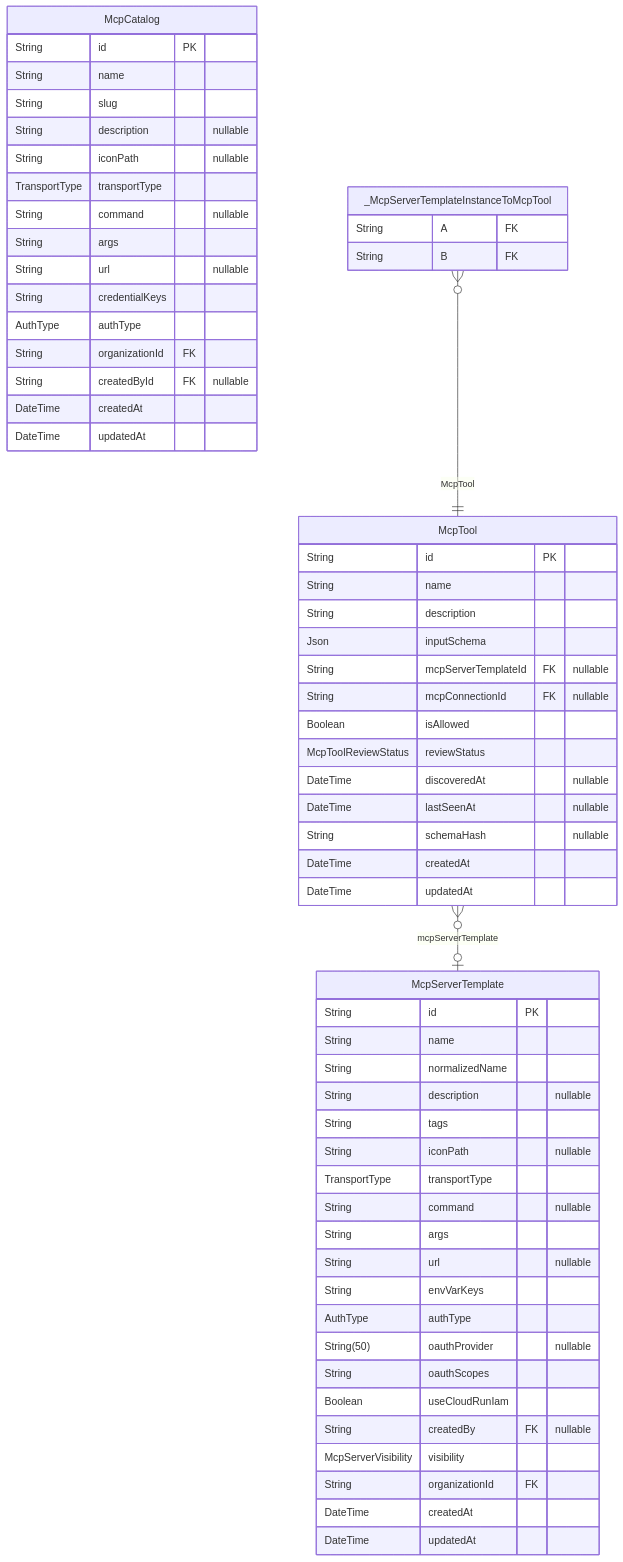
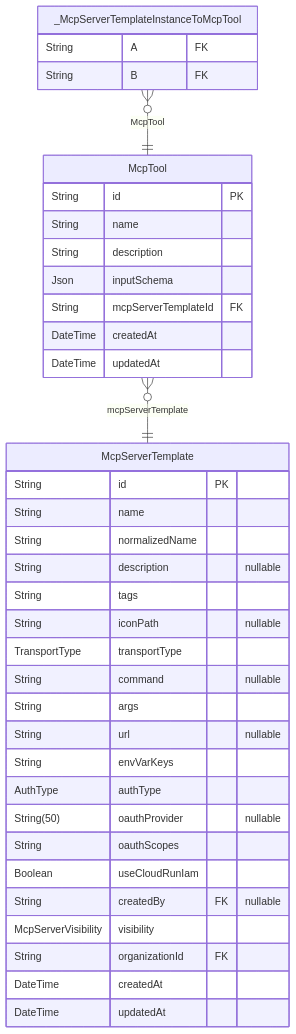
One commit to rayven122/tumiki changed the fourth of 10 diagrams in packages/db/prisma/README.md. Above: the diagram before and after it, drawn with Mermaid. The commit also changed other lines of this file and 12 other files, not shown here.

Commit message:
Revert packages db catalog schema changes

````diff
--- a/packages/db/prisma/README.md
+++ b/packages/db/prisma/README.md
@@ -279,63 +279,40 @@
 ```mermaid
 erDiagram
-"McpCatalog" {
-  String id PK
-  String name
-  String slug
-  String description "nullable"
-  String iconPath "nullable"
-  TransportType transportType
-  String command "nullable"
-  String args
-  String url "nullable"
-  String credentialKeys
-  AuthType authType
-  String organizationId FK
-  String createdById FK "nullable"
-  DateTime createdAt
-  DateTime updatedAt
-}
 "McpServerTemplate" {
   String id PK
   String name
   String normalizedName
   String description "nullable"
   String tags
   String iconPath "nullable"
   TransportType transportType
   String command "nullable"
   String args
   String url "nullable"
   String envVarKeys
   AuthType authType
   String(50) oauthProvider "nullable"
   String oauthScopes
   Boolean useCloudRunIam
   String createdBy FK "nullable"
   McpServerVisibility visibility
   String organizationId FK
   DateTime createdAt
   DateTime updatedAt
 }
 "McpTool" {
   String id PK
   String name
   String description
   Json inputSchema
-  String mcpServerTemplateId FK "nullable"
-  String mcpConnectionId FK "nullable"
-  Boolean isAllowed
-  McpToolReviewStatus reviewStatus
-  DateTime discoveredAt "nullable"
-  DateTime lastSeenAt "nullable"
-  String schemaHash "nullable"
+  String mcpServerTemplateId FK
   DateTime createdAt
   DateTime updatedAt
 }
 "_McpServerTemplateInstanceToMcpTool" {
   String A FK
   String B FK
 }
-"McpTool" }o--o| "McpServerTemplate" : mcpServerTemplate
+"McpTool" }o--|| "McpServerTemplate" : mcpServerTemplate
 "_McpServerTemplateInstanceToMcpTool" }o--|| "McpTool" : McpTool
 ```
````
